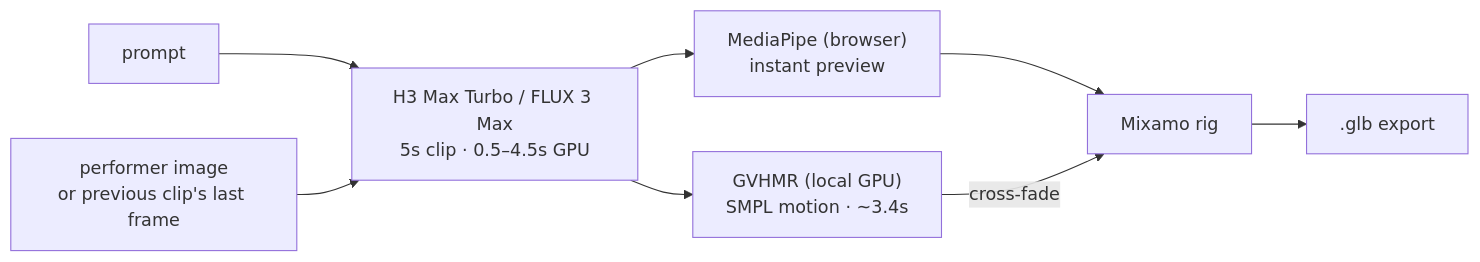
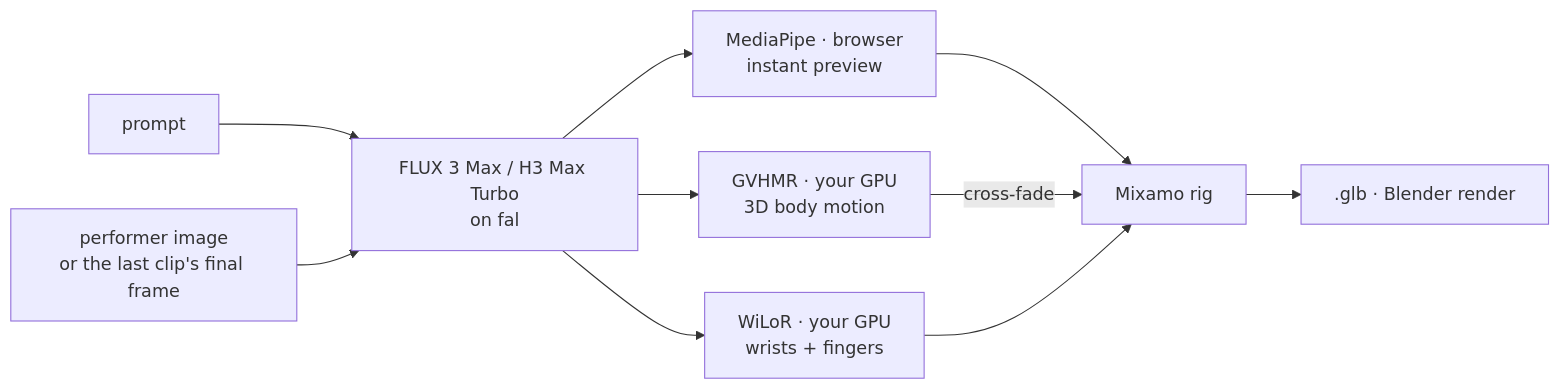
The diagram in README.md (blendi-remade/prompt2rig), drawn with Mermaid before and after one commit. The commit also changed other lines of this file and 31 other files, not shown here.

````diff
--- a/README.md
+++ b/README.md
@@ -11,10 +32,12 @@
 ```mermaid
 flowchart LR
-  P[prompt] --> V["H3 Max Turbo / FLUX 3 Max<br/>5s clip · 0.5–4.5s GPU"]
-  I["performer image<br/>or previous clip's last frame"] --> V
-  V --> L["MediaPipe (browser)<br/>instant preview"]
-  V --> H["GVHMR (local GPU)<br/>SMPL motion · ~3.4s"]
+  P[prompt] --> V["FLUX 3 Max / H3 Max Turbo<br/>on fal"]
+  I["performer image<br/>or the last clip's final frame"] --> V
+  V --> L["MediaPipe · browser<br/>instant preview"]
+  V --> H["GVHMR · your GPU<br/>3D body motion"]
+  V --> F["WiLoR · your GPU<br/>wrists + fingers"]
   L --> R[Mixamo rig]
   H -- cross-fade --> R
-  R --> G[.glb export]
+  F --> R
+  R --> G[".glb · Blender render"]
 ```
````
